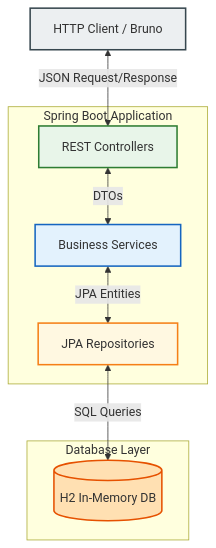
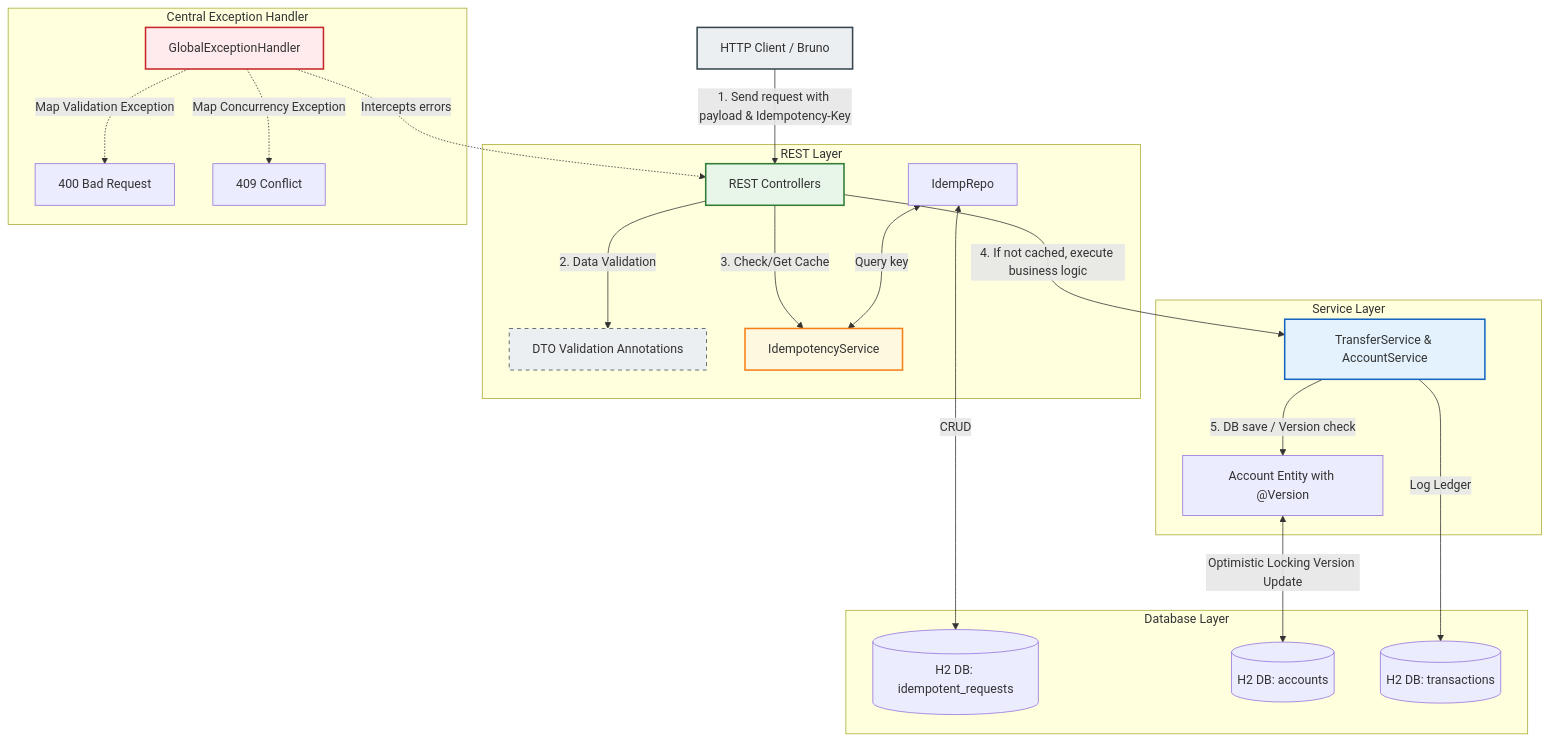
One commit to vothanhthong/microservice changed the first of 2 diagrams in banking-monolith/README.md. Above: the diagram before and after it, drawn with Mermaid. The commit also changed other lines of this file, not shown here.

Commit message:
docs: add request flow sequence diagram to README.md

````diff
--- a/banking-monolith/README.md
+++ b/banking-monolith/README.md
@@ -11,19 +13,34 @@
 ```mermaid
 graph TD
-    Client[HTTP Client / Bruno] <-->|JSON Request/Response| Controller[REST Controllers]
+    Client[HTTP Client / Bruno] -->|1. Send request with payload & Idempotency-Key| Controller[REST Controllers]
     
-    subgraph Spring Boot Application
-        Controller <-->|DTOs| Service[Business Services]
-        Service <-->|JPA Entities| Repository[JPA Repositories]
+    subgraph REST Layer
+        Controller -->|2. Data Validation| DTOs[DTO Validation Annotations]
+        Controller -->|3. Check/Get Cache| Idempotency[IdempotencyService]
+        IdempRepo <-->|Query key| Idempotency
     end
 
-    subgraph Database Layer
-        Repository <-->|SQL Queries| H2[(H2 In-Memory DB)]
+    subgraph Service Layer
+        Controller -->|4. If not cached, execute business logic| Service[TransferService & AccountService]
+        Service -->|5. DB save / Version check| AccountsTable[Account Entity with @Version]
     end
     
+    subgraph Database Layer
+        IdempRepo <-->|CRUD| IdempTable[(H2 DB: idempotent_requests)]
+        AccountsTable <-->|Optimistic Locking Version Update| AccTable[(H2 DB: accounts)]
+        Service -->|Log Ledger| TxTable[(H2 DB: transactions)]
+    end
+
+    subgraph Central Exception Handler
+        ExceptionAdvice[GlobalExceptionHandler] -.->|Intercepts errors| Controller
+        ExceptionAdvice -.->|Map Validation Exception| BadRequest[400 Bad Request]
+        ExceptionAdvice -.->|Map Concurrency Exception| Conflict[409 Conflict]
+    end
+
     style Client fill:#ECEFF1,stroke:#37474F,stroke-width:2px
     style Controller fill:#E8F5E9,stroke:#2E7D32,stroke-width:2px
     style Service fill:#E3F2FD,stroke:#1565C0,stroke-width:2px
-    style Repository fill:#FFF8E1,stroke:#F57F17,stroke-width:2px
-    style H2 fill:#FFE0B2,stroke:#E65100,stroke-width:2px
+    style DTOs fill:#ECEFF1,stroke:#37474F,stroke-dasharray: 5 5
+    style Idempotency fill:#FFF8E1,stroke:#F57F17,stroke-width:2px
+    style ExceptionAdvice fill:#FFEBEE,stroke:#C62828,stroke-width:2px
 ```
````
